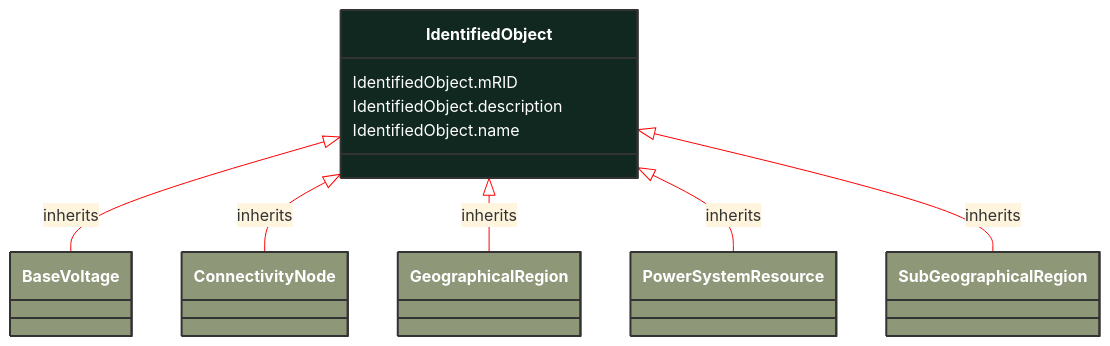
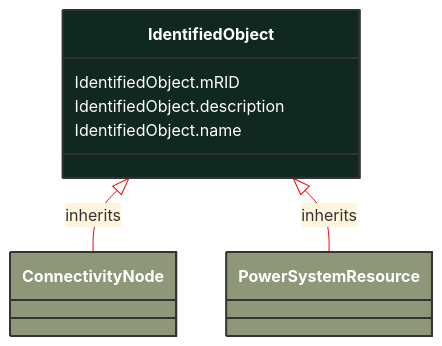
Before and after one commit to 3lbits/NoCIMExtensions: the diagram in docs/Models/Profiles/Telemark-120BoundaryModel/AbstractClasses/IdentifiedObject.md, drawn with Mermaid. The commit also changed 50 other files, not shown here.

Commit message:
Fixed schema

````diff
--- a/docs/Models/Profiles/Telemark-120BoundaryModel/AbstractClasses/IdentifiedObject.md
+++ b/docs/Models/Profiles/Telemark-120BoundaryModel/AbstractClasses/IdentifiedObject.md
@@ -10,43 +10,25 @@
 ```mermaid
 %%{init: {'theme':'base','themeVariables': {'lineColor': '#FF0000'}}}%%
 classDiagram
     class IdentifiedObject
     click IdentifiedObject href "/Models/Profiles/Telemark-120BoundaryModel/AbstractClasses/IdentifiedObject/"
     style IdentifiedObject fill:#102820,stroke:#333,stroke-width:2px,rx:10,ry:10,color:white
 
-        IdentifiedObject <|-- BaseVoltage : inherits
-
-        BaseVoltage
-            click BaseVoltage href "/Models/Profiles/Telemark-120BoundaryModel/ConcreteClasses/BaseVoltage/"
-            style BaseVoltage fill:#8F9779,stroke:#333,stroke-width:2px,rx:10,ry:10,color:white
-
         IdentifiedObject <|-- ConnectivityNode : inherits
 
         ConnectivityNode
             click ConnectivityNode href "/Models/Profiles/Telemark-120BoundaryModel/ConcreteClasses/ConnectivityNode/"
             style ConnectivityNode fill:#8F9779,stroke:#333,stroke-width:2px,rx:10,ry:10,color:white
-
-        IdentifiedObject <|-- GeographicalRegion : inherits
-
-        GeographicalRegion
-            click GeographicalRegion href "/Models/Profiles/Telemark-120BoundaryModel/ConcreteClasses/GeographicalRegion/"
-            style GeographicalRegion fill:#8F9779,stroke:#333,stroke-width:2px,rx:10,ry:10,color:white
 
         IdentifiedObject <|-- PowerSystemResource : inherits
 
         PowerSystemResource
             click PowerSystemResource href "/Models/Profiles/Telemark-120BoundaryModel/AbstractClasses/PowerSystemResource/"
             style PowerSystemResource fill:#8F9779,stroke:#333,stroke-width:2px,rx:10,ry:10,color:white
 
-        IdentifiedObject <|-- SubGeographicalRegion : inherits
-
-        SubGeographicalRegion
-            click SubGeographicalRegion href "/Models/Profiles/Telemark-120BoundaryModel/ConcreteClasses/SubGeographicalRegion/"
-            style SubGeographicalRegion fill:#8F9779,stroke:#333,stroke-width:2px,rx:10,ry:10,color:white
-
 
 
         IdentifiedObject : IdentifiedObject.mRID
         IdentifiedObject : IdentifiedObject.description
         IdentifiedObject : IdentifiedObject.name
 ```
````
